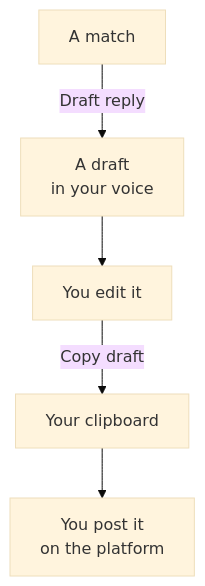
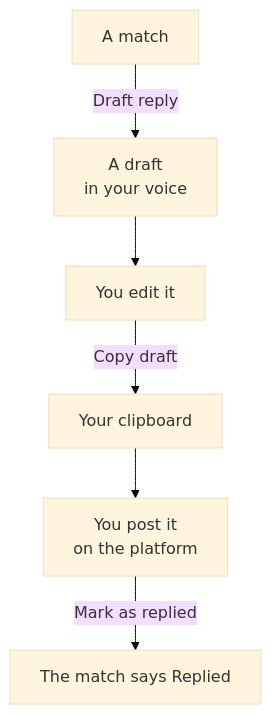
The diagram in site/using/replies.md (rszhd/signalscout), drawn with Mermaid (base theme) before and after one commit. The commit also changed other lines of this file and 29 other files, not shown here.

First line of the commit message:
Let a person mark a match as replied, and hide the ones they answered

````diff
--- a/site/using/replies.md
+++ b/site/using/replies.md
@@ -7,7 +7,8 @@
 ```mermaid
 flowchart TD
   match["A match"] -->|Draft reply| draft["A draft<br/>in your voice"]
   draft --> edit["You edit it"]
   edit -->|Copy draft| clip["Your clipboard"]
   clip --> post["You post it<br/>on the platform"]
+  post -->|Mark as replied| marked["The match says Replied"]
 ```
````
